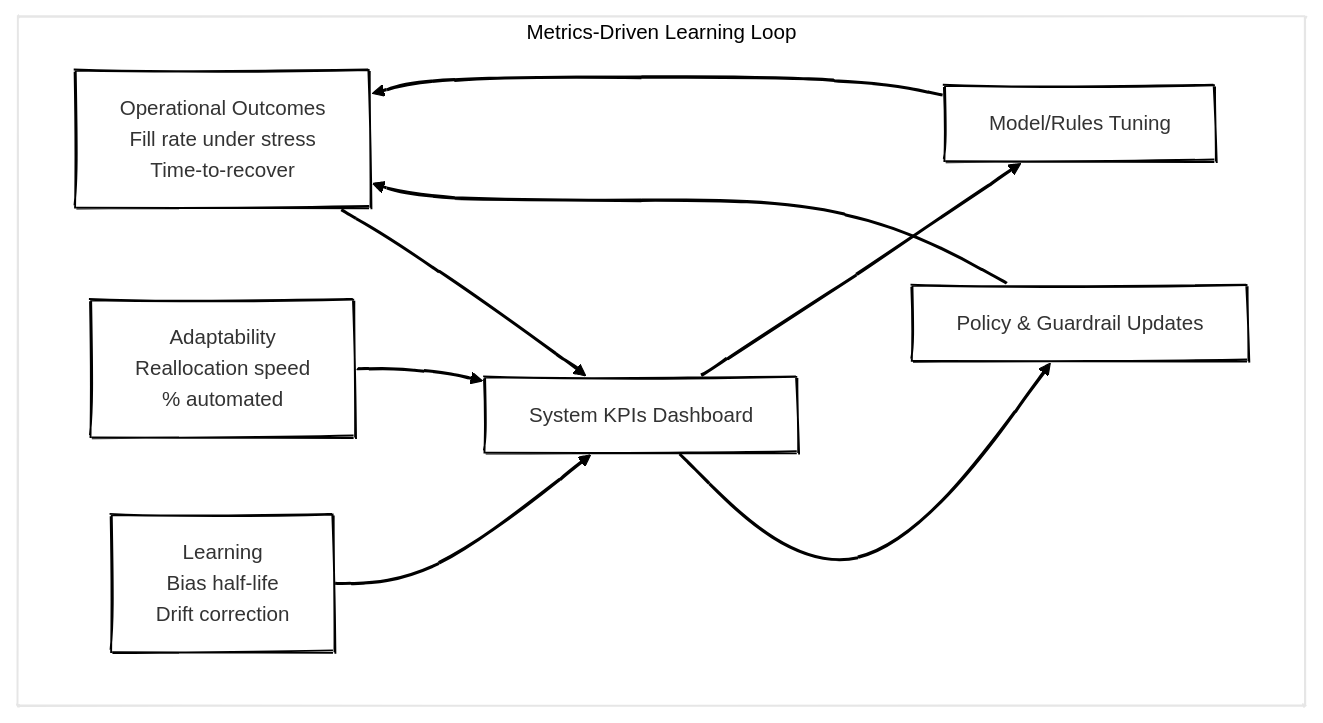
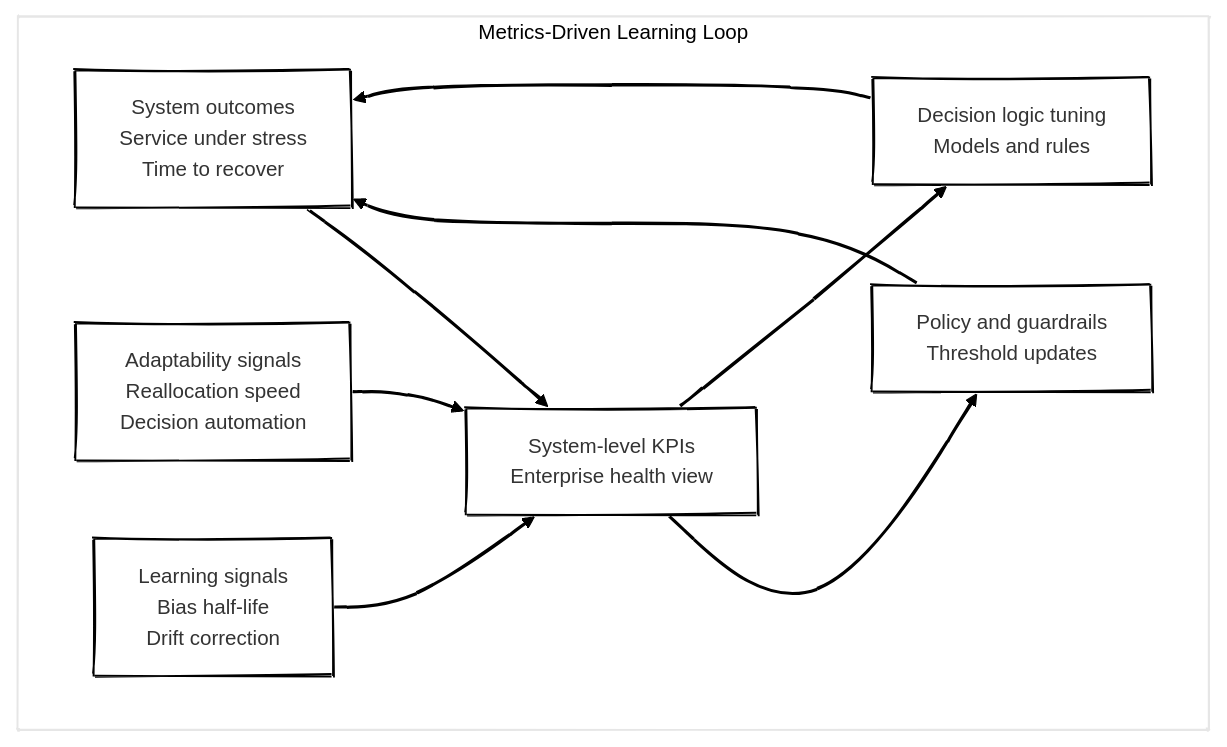
One commit to antomon/antomon.github.io changed the fourth of 8 diagrams in posts/from-planning-to-orchestration-reimagining-enterprise-beyond-S&OP/index.qmd. Above: the diagram before and after it, drawn with Mermaid. The commit also changed other lines of this file and 4 other files, not shown here.

````diff
--- a/posts/from-planning-to-orchestration-reimagining-enterprise-beyond-S&OP/index.qmd
+++ b/posts/from-planning-to-orchestration-reimagining-enterprise-beyond-S&OP/index.qmd
@@ -262,18 +281,26 @@
 ```{mermaid}
 %%| label: fig-metrics-loop
-%%| fig-cap: Measure what matters, resilience, adaptability, learning
-%%| fig-alt: Closed-loop metrics feeding policy updates and model tuning
+%%| fig-cap: "Measuring what matters: resilience, adaptability, and learning as closed-loop signals"
+%%| fig-alt: "Closed-loop metrics feeding policy updates and model tuning"
 %%| fig-align: "center"
 %%{init: {"theme": "neo", "look": "handDrawn"}}%%
 
 flowchart TD
 
   subgraph ML[Metrics#8209;Driven&nbsp;Learning&nbsp;Loop]
-    Ops["Operational Outcomes<br>Fill rate under stress<br/>Time-to-recover"] --> KPIs["System KPIs Dashboard"]
-    Adp["Adaptability<br>Reallocation speed<br/>% automated"] --> KPIs
-    Lrn["Learning<br>Bias half-life<br/>Drift correction"] --> KPIs
-    KPIs --> Pol["Policy & Guardrail Updates"] & Mdl["Model/Rules Tuning"]
+    Ops["System outcomes<br/>Service under stress<br/>Time to recover"] --> 
+    KPIs["System-level KPIs<br/>Enterprise health view"]
+
+    Adp["Adaptability signals<br/>Reallocation speed<br/>Decision automation"] --> 
+    KPIs
+
+    Lrn["Learning signals<br/>Bias half-life<br/>Drift correction"] --> 
+    KPIs
+
+    KPIs --> 
+    Pol["Policy and guardrails<br/>Threshold updates"] & Mdl["Decision logic tuning<br/>Models and rules"]
+
     Pol --> Ops
     Mdl --> Ops
   end
 ```
````
